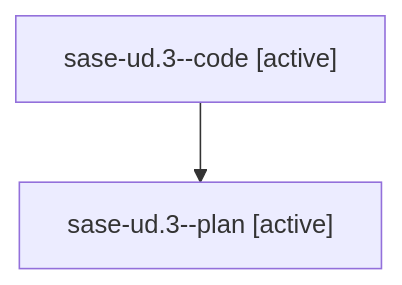
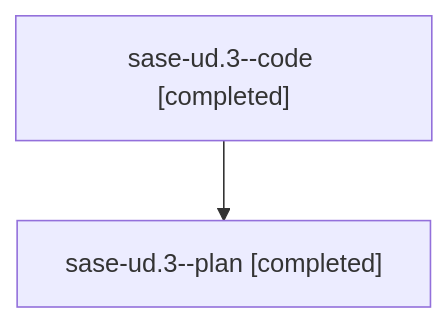
Before and after one commit to sase-org/sase--agents: the diagram in families/bbugyi200.athena.sase-ud.3.md, drawn with Mermaid. The commit also changed other lines of this file and 149 other files, not shown here.

````diff
--- a/families/bbugyi200.athena.sase-ud.3.md
+++ b/families/bbugyi200.athena.sase-ud.3.md
@@ -9,6 +9,6 @@
 ```mermaid
 flowchart TD
-  n0["sase-ud.3--code [active]"]
-  n1["sase-ud.3--plan [active]"]
+  n0["sase-ud.3--code [completed]"]
+  n1["sase-ud.3--plan [completed]"]
   n0 --> n1
 ```
````
